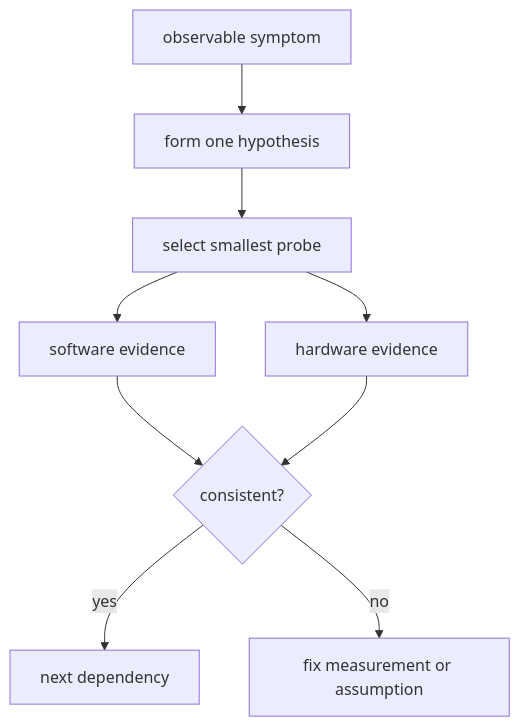
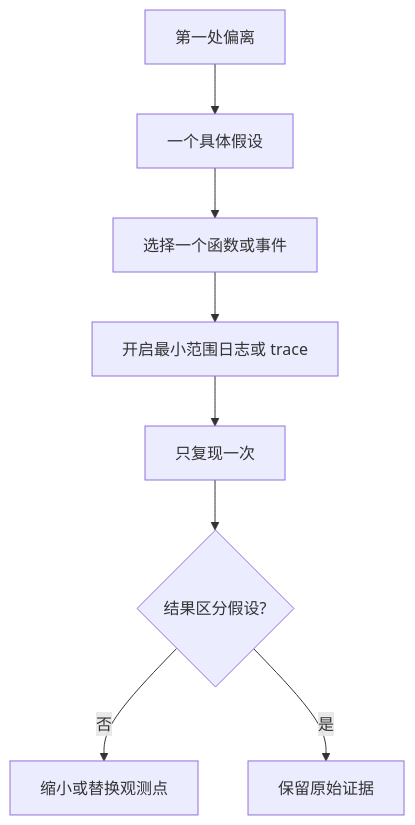
The sixth of 14 diagrams in docs/articles/bsp/bsp-27-driver-debugging-methodology.md (cdragon-ljl/EEandEdgeAI), drawn with Mermaid before and after one commit. The commit also changed other lines of this file and 25 other files, not shown here.

````diff
--- a/docs/articles/bsp/bsp-27-driver-debugging-methodology.md
+++ b/docs/articles/bsp/bsp-27-driver-debugging-methodology.md
@@ -15,11 +303,10 @@
 ```mermaid
 flowchart TD
-    A[observable symptom] --> B[form one hypothesis]
-    B --> C[select smallest probe]
-    C --> D[software evidence]
-    C --> E[hardware evidence]
-    D --> F{consistent?}
-    E --> F
-    F -- yes --> G[next dependency]
-    F -- no --> H[fix measurement or assumption]
+    A[第一处偏离] --> B[一个具体假设]
+    B --> C[选择一个函数或事件]
+    C --> D[开启最小范围日志或 trace]
+    D --> E[只复现一次]
+    E --> F{结果区分假设?}
+    F -- 否 --> G[缩小或替换观测点]
+    F -- 是 --> H[保留原始证据]
 ```
````
